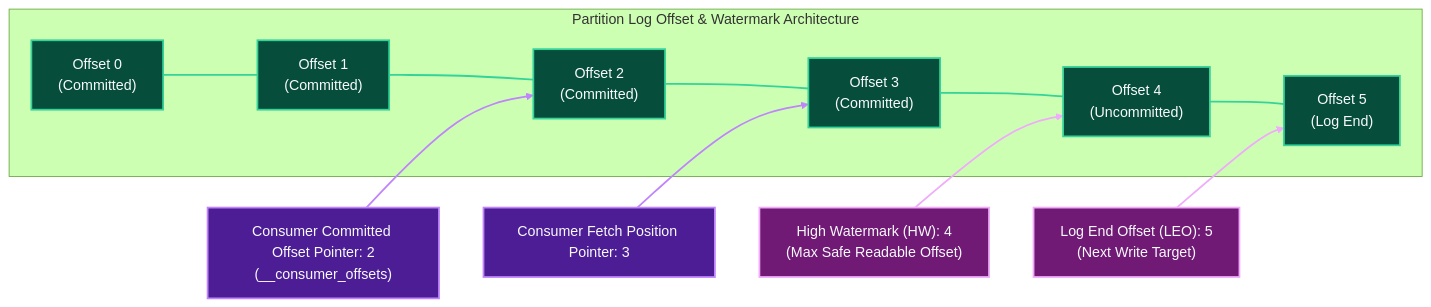
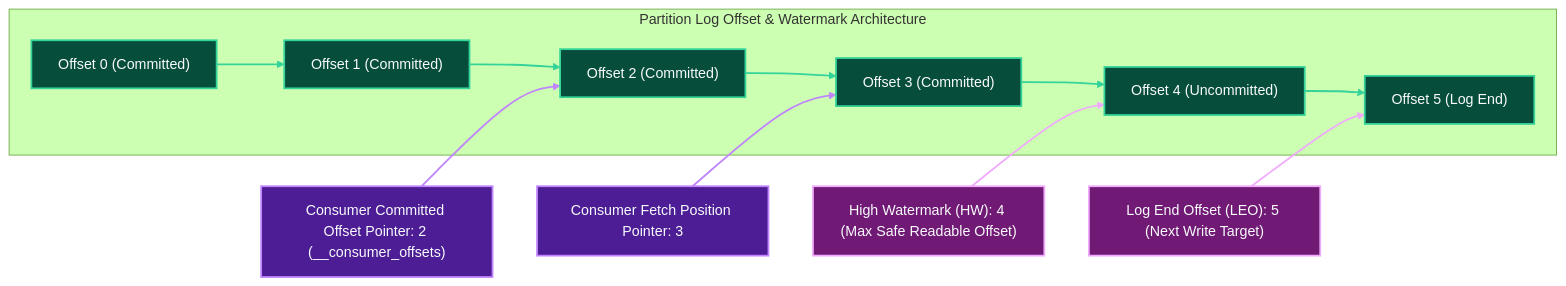
One commit to Chief-Strategist-J/llm-obs-infra changed diagram 12 of 18 in docs/configDoc/kafka-configuration-guide.md. Above: the diagram before and after it, drawn with Mermaid (forest theme). The commit also changed other lines of this file, not shown here.

Commit message:
docs(kafka): fix Mermaid rendering syntax errors by converting undirected links to directed arrows and removing HTML break tags in labels

````diff
--- a/docs/configDoc/kafka-configuration-guide.md
+++ b/docs/configDoc/kafka-configuration-guide.md
@@ -1122,31 +1122,31 @@
 ```mermaid
 graph LR
     subgraph LogSegmentPointers ["Partition Log Offset & Watermark Architecture"]
-        O0["Offset 0<br/>(Committed)"] --- O1["Offset 1<br/>(Committed)"]
-        O1 --- O2["Offset 2<br/>(Committed)"]
-        O2 --- O3["Offset 3<br/>(Committed)"]
-        O3 --- O4["Offset 4<br/>(Uncommitted)"]
-        O4 --- O5["Offset 5<br/>(Log End)"]
+        O0["Offset 0 (Committed)"] --> O1["Offset 1 (Committed)"]
+        O1 --> O2["Offset 2 (Committed)"]
+        O2 --> O3["Offset 3 (Committed)"]
+        O3 --> O4["Offset 4 (Uncommitted)"]
+        O4 --> O5["Offset 5 (Log End)"]
     end
 
-    CommittedPointer["Consumer Committed Offset Pointer: 2<br/>(__consumer_offsets)"] --> O2
+    CommittedPointer["Consumer Committed Offset Pointer: 2 (__consumer_offsets)"] --> O2
     FetchPosition["Consumer Fetch Position Pointer: 3"] --> O3
-    HWPointer["High Watermark (HW): 4<br/>(Max Safe Readable Offset)"] --> O4
-    LEOPointer["Log End Offset (LEO): 5<br/>(Next Write Target)"] --> O5
+    HWPointer["High Watermark (HW): 4 (Max Safe Readable Offset)"] --> O4
+    LEOPointer["Log End Offset (LEO): 5 (Next Write Target)"] --> O5
 
     style O0 fill:#064e3b,stroke:#34d399,stroke-width:2px,color:#f8fafc
     style O1 fill:#064e3b,stroke:#34d399,stroke-width:2px,color:#f8fafc
     style O2 fill:#064e3b,stroke:#34d399,stroke-width:2px,color:#f8fafc
     style O3 fill:#064e3b,stroke:#34d399,stroke-width:2px,color:#f8fafc
     style O4 fill:#064e3b,stroke:#34d399,stroke-width:2px,color:#f8fafc
     style O5 fill:#064e3b,stroke:#34d399,stroke-width:2px,color:#f8fafc
 
     style CommittedPointer fill:#4c1d95,stroke:#c084fc,stroke-width:2px,color:#f8fafc
     style FetchPosition fill:#4c1d95,stroke:#c084fc,stroke-width:2px,color:#f8fafc
     style HWPointer fill:#701a75,stroke:#f0abfc,stroke-width:2px,color:#f8fafc
     style LEOPointer fill:#701a75,stroke:#f0abfc,stroke-width:2px,color:#f8fafc
 
     linkStyle 0,1,2,3,4 stroke:#34d399,stroke-width:2px;
     linkStyle 5,6 stroke:#c084fc,stroke-width:2px;
     linkStyle 7,8 stroke:#f0abfc,stroke-width:2px;
 ```
````
